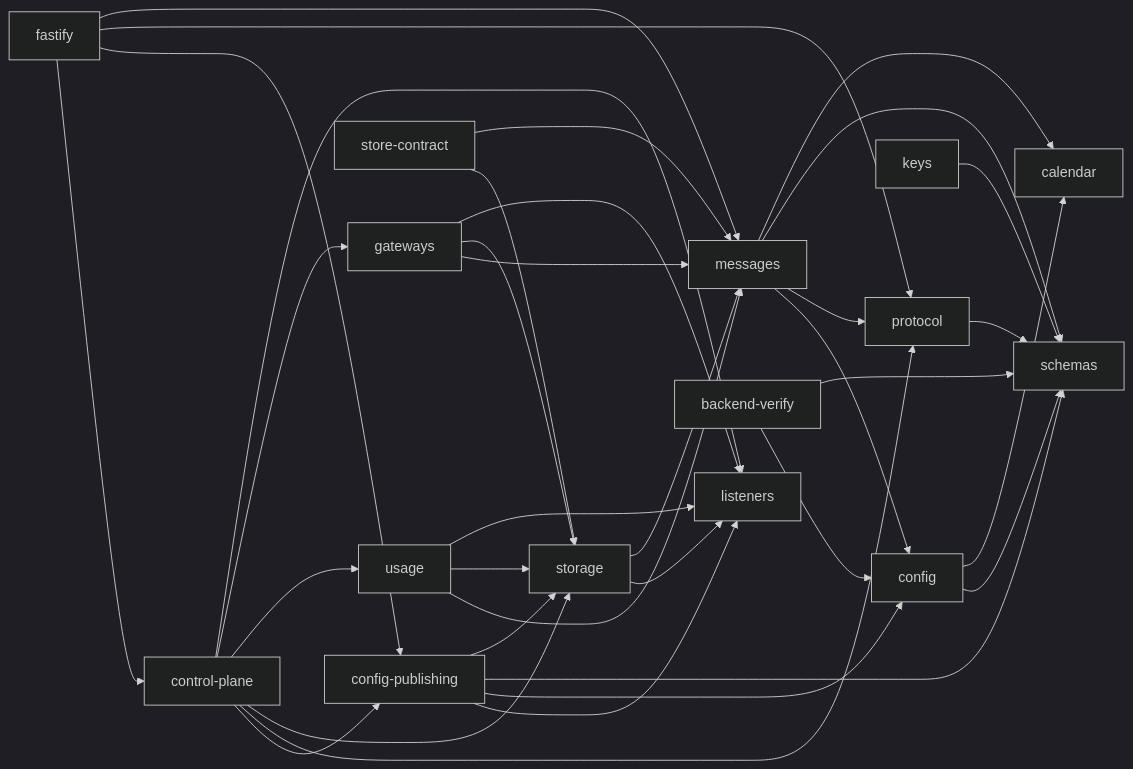
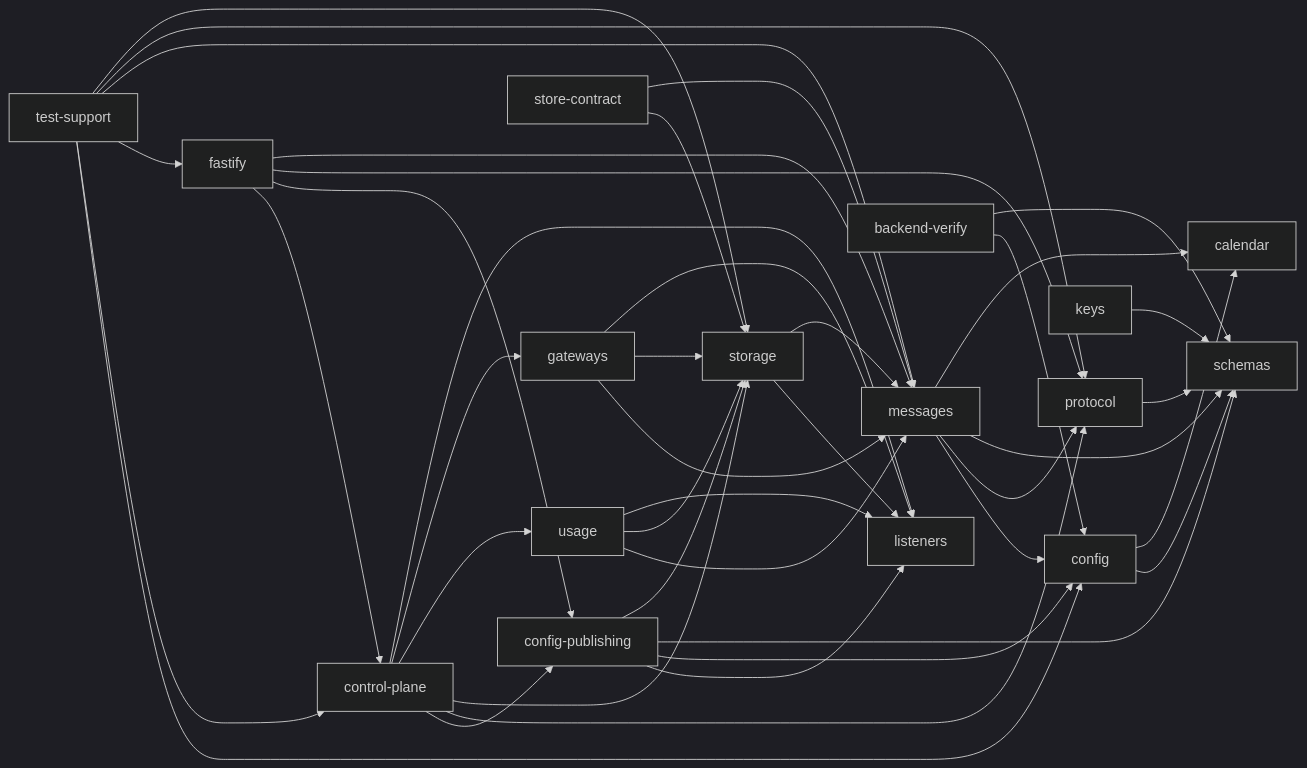
One commit to acdtrx/kaiak changed the second of 3 diagrams in docs/ARCHITECTURE.md. Above: the diagram before and after it, drawn with Mermaid (dark theme). The commit also changed other lines of this file and 27 other files, not shown here.

First line of the commit message:
docs: structure sweep — architecture pages match the code, upgrade note, comments state current rules

````diff
--- a/docs/ARCHITECTURE.md
+++ b/docs/ARCHITECTURE.md
@@ -386,37 +393,43 @@
 ```mermaid
 flowchart LR
     fastify --> cp
     fastify --> cpub
     fastify --> protocol
     fastify --> messages
     cp[control-plane] --> cpub[config-publishing]
     cp --> protocol
     cp --> storage
     cp --> usage
     cp --> gateways
     cp --> listeners
     gateways --> messages
     gateways --> storage
     usage --> messages
     usage --> storage
     usage --> listeners
     gateways --> listeners
     cpub --> listeners
     storage --> listeners
     storage --> messages
     sc[store-contract] --> storage
     sc --> messages
     cpub --> config
     cpub --> schemas
     cpub --> storage
     keys --> schemas
     bv[backend-verify] --> config
     bv --> schemas
     protocol --> schemas
     config --> schemas
     config --> calendar
     messages --> config
     messages --> protocol
     messages --> schemas
     messages --> calendar
+    ts[test-support] --> config
+    ts --> cp
+    ts --> fastify
+    ts --> messages
+    ts --> protocol
+    ts --> storage
 ```
````
